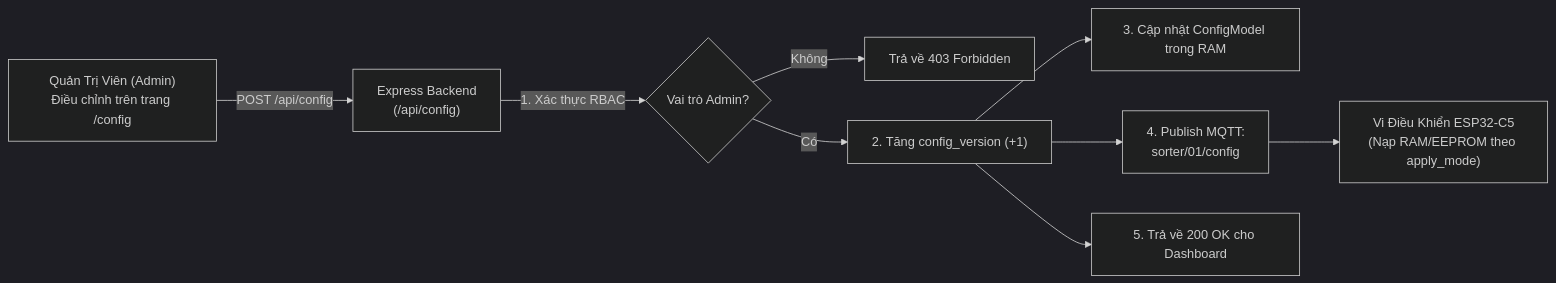
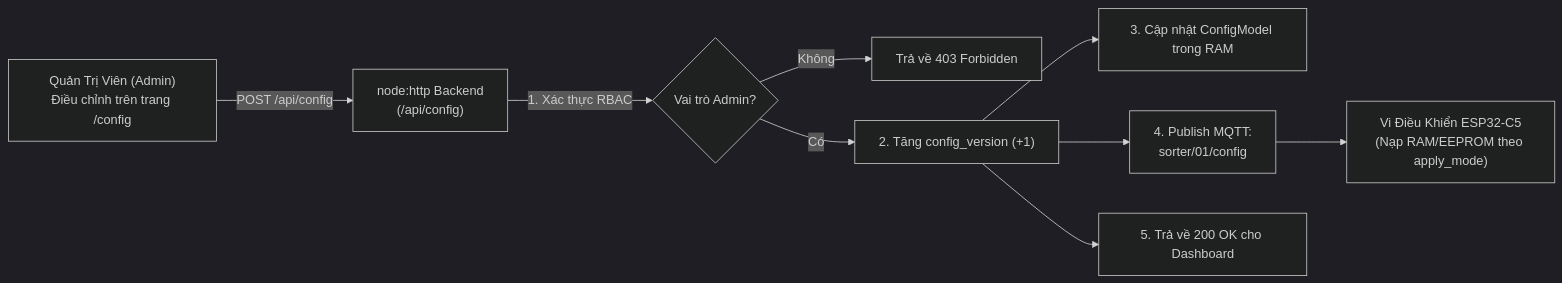
Before and after one commit to duyphong375/SortiX-Dashboard: the third of 3 diagrams in docs/api.md, drawn with Mermaid (dark theme). The commit also changed other lines of this file and 33 other files, not shown here.

````diff
--- a/docs/api.md
+++ b/docs/api.md
@@ -133,11 +152,11 @@
 ```mermaid
 flowchart LR
-    A["Quản Trị Viên (Admin)\nĐiều chỉnh trên trang /config"] -->|POST /api/config| B["Express Backend\n(/api/config)"]
+    A["Quản Trị Viên (Admin)\nĐiều chỉnh trên trang /config"] -->|POST /api/config| B["node:http Backend\n(/api/config)"]
     B -->|1. Xác thực RBAC| C{"Vai trò Admin?"}
     C -- Không --> D["Trả về 403 Forbidden"]
     C -- Có --> E["2. Tăng config_version (+1)"]
     E --> F["3. Cập nhật ConfigModel trong RAM"]
     E --> G["4. Publish MQTT:\nsorter/01/config"]
     G --> H["Vi Điều Khiển ESP32-C5\n(Nạp RAM/EEPROM theo apply_mode)"]
     E --> I["5. Trả về 200 OK cho Dashboard"]
 ```
````
